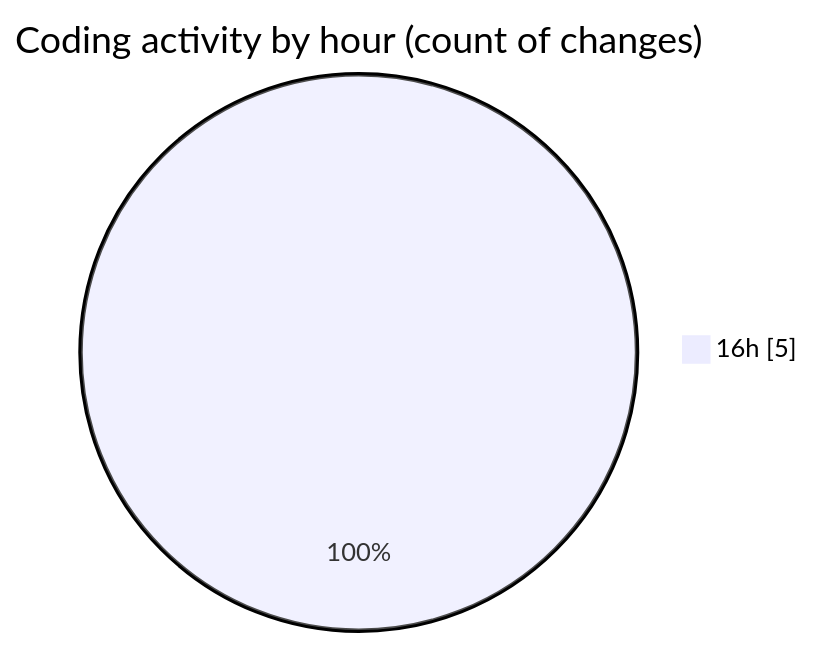
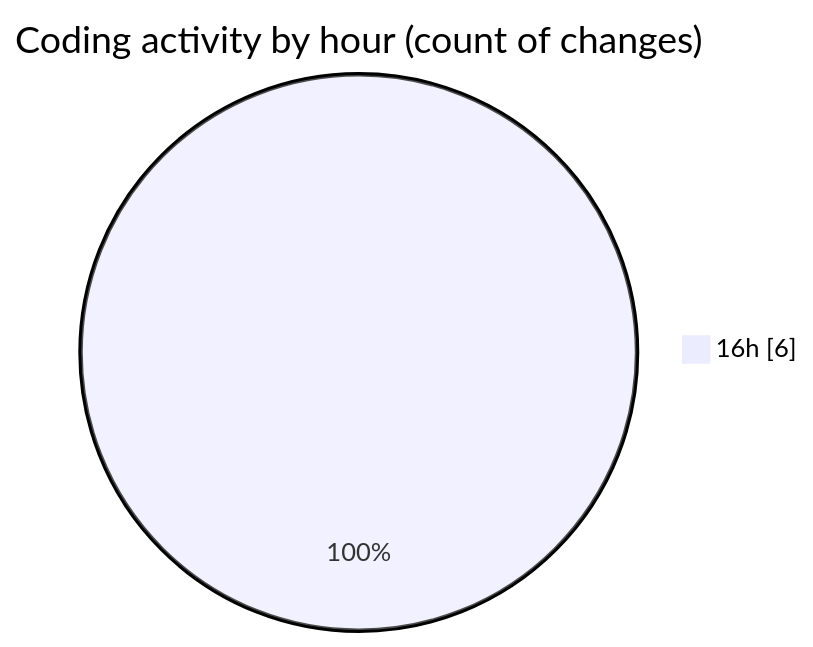
One commit to becaeroporto-bot/code-tracking changed the second of 2 diagrams in 2026-02-17/bot_v1_2/README.md. Above: the diagram before and after it, drawn with Mermaid. The commit also changed other lines of this file and 1 other file, not shown here.

````diff
--- a/2026-02-17/bot_v1_2/README.md
+++ b/2026-02-17/bot_v1_2/README.md
@@ -28,5 +28,5 @@
 ```mermaid
 pie showData
 title Coding activity by hour (count of changes)
-"16h" : 5
+"16h" : 6
 ```
````
